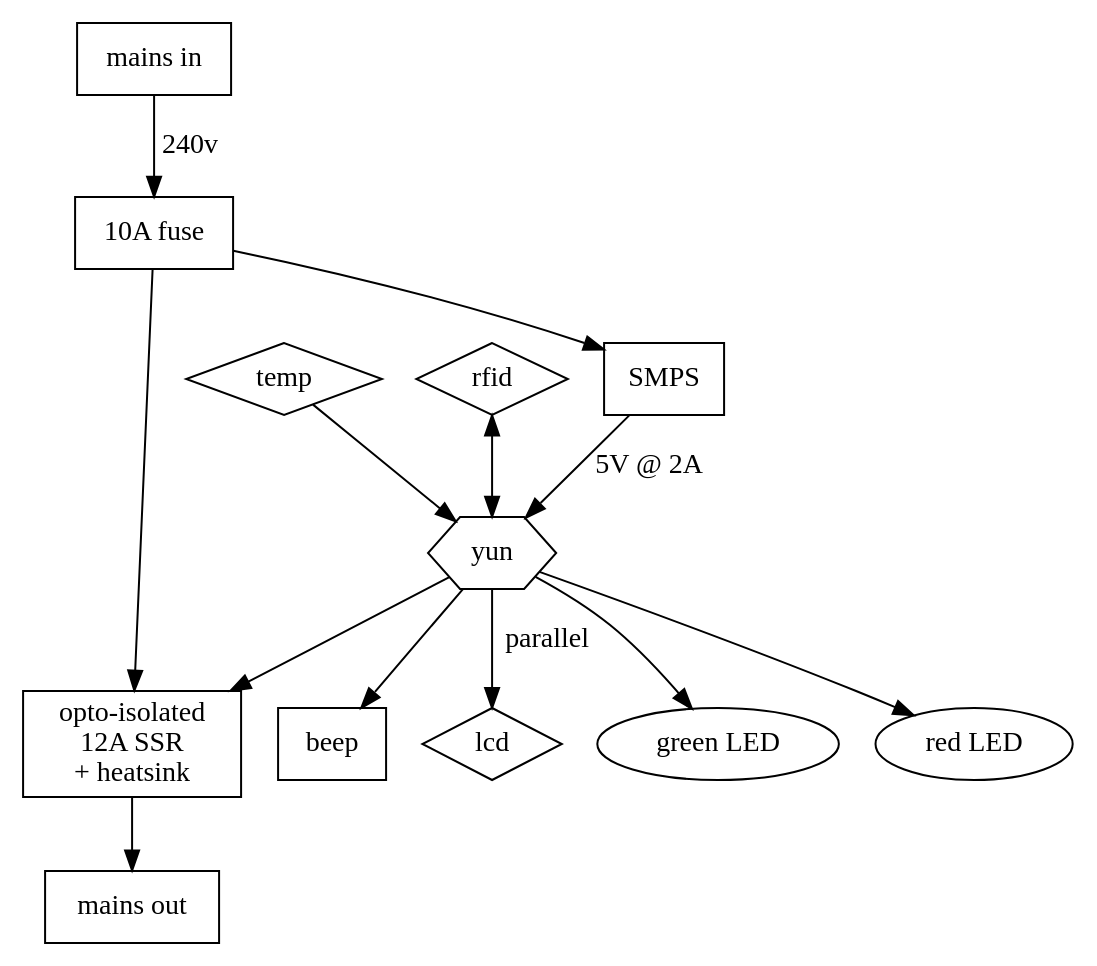
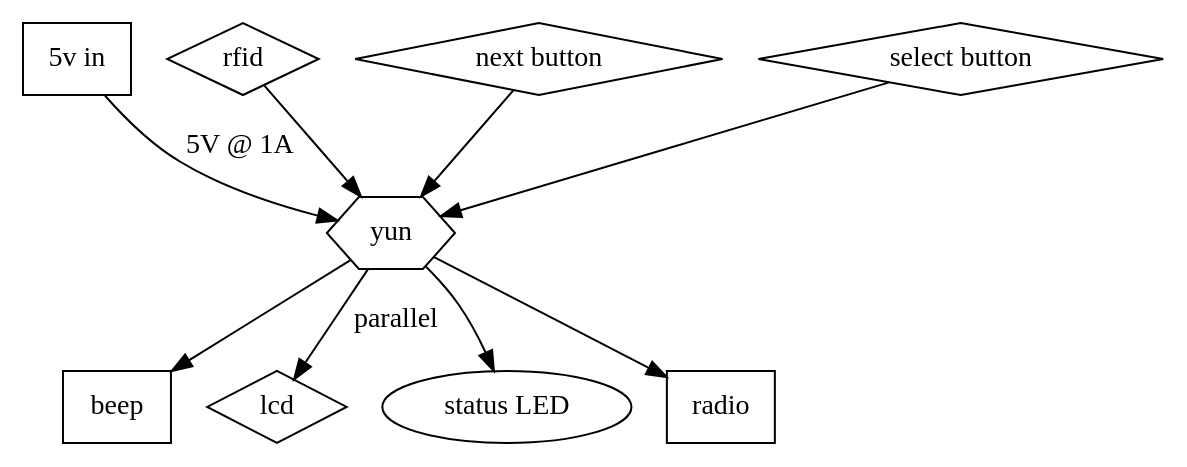
Before and after one commit to mattvenn/hackspace-power-controller: the diagram in electronics/electrical.dot, drawn with Graphviz. The commit also changed 8 other files, not shown here.

Commit message:
work on radio controlled sockets, schematic and board layout

```diff
--- a/electronics/electrical.dot
+++ b/electronics/electrical.dot
@@ -1,40 +1,27 @@
 strict digraph G {
     yun[shape=hexagon];
-    psu[shape=box];
-    ssr[shape=box];
     beep[shape=box];
-    mains_in[shape=box];
-    mains_out[shape=box];
-    mains_fuse[shape=box];
-    temp[shape=diamond];
+    power_in[shape=box];
     rfid[shape=diamond];
     lcd[shape=diamond];
-    led_on;
-    led_off;
+    status_led;
+    next_but[shape=diamond];
+    select_but[shape=diamond];
+    radio[shape=box];
 
-    mains_in -> mains_fuse[label="240v"]
-    mains_fuse -> psu
-    mains_fuse -> ssr
-
-    mains_out[label="mains out"]
-    mains_in[label="mains in"]
-    mains_fuse[label="10A fuse"]
-    ssr[label="opto-isolated\n12A SSR\n+ heatsink"]
-
-    psu -> yun[label="5V @ 2A"]
-    ssr -> mains_out
-
-    psu[label="SMPS"]
+    power_in -> yun[label="5V @ 1A"];
+    power_in[label="5v in"]
 
     yun -> lcd[label="parallel"];
-    rfid -> yun[dir="both"]
-    temp -> yun;
+    yun -> radio;
+    rfid -> yun;
     yun -> beep;
-    yun -> led_on;
-    yun -> led_off;
-    yun -> ssr;
+    yun -> status_led;
+    next_but -> yun;
+    select_but -> yun;
 
-    led_on[label="green LED"]
-    led_off[label="red LED"]
+    next_but[label="next button"]
+    select_but[label="select button"]
+    status_led[label="status LED"]
 
 }
```
